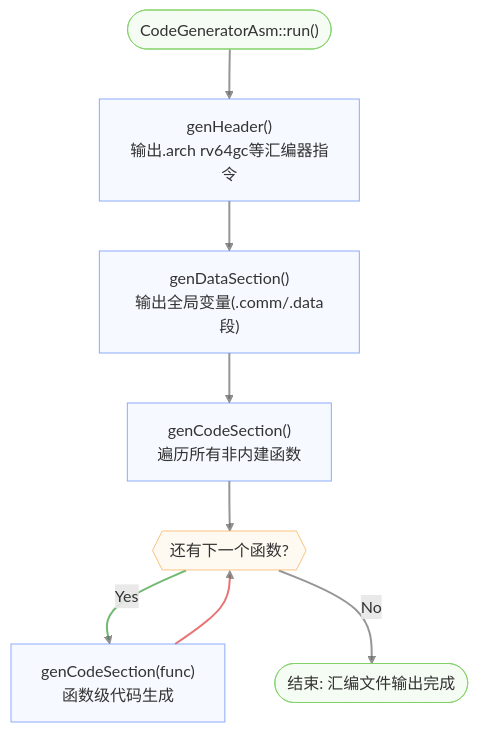
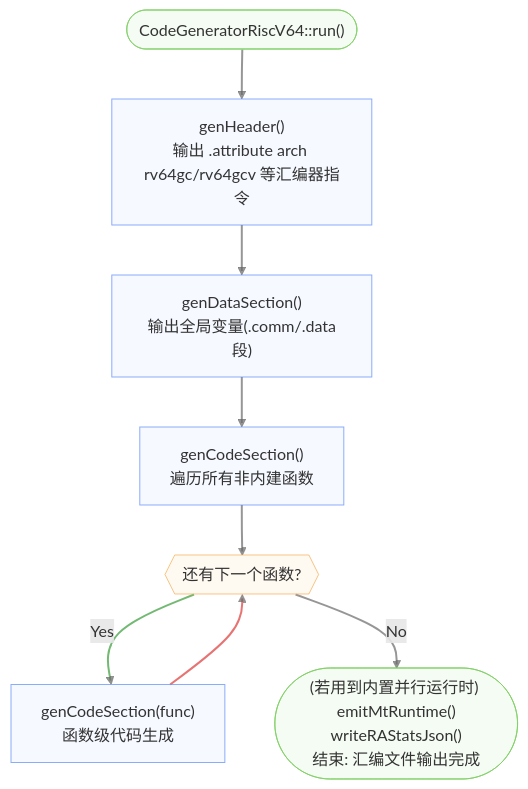
One commit to LLLLLLLLazy/compiler-lite changed the second of 4 diagrams in docs/backend-overview.md. Above: the diagram before and after it, drawn with Mermaid. The commit also changed other lines of this file and 9 other files, not shown here.

````diff
--- a/docs/backend-overview.md
+++ b/docs/backend-overview.md
@@ -39,24 +39,24 @@
 ```mermaid
 flowchart TD
-    Start(["CodeGeneratorAsm::run()"]) --> Header["genHeader()<br>输出.arch rv64gc等汇编器指令"]
+    Start(["CodeGeneratorRiscV64::run()"]) --> Header["genHeader()<br>输出 .attribute arch rv64gc/rv64gcv 等汇编器指令"]
     Header --> DataSection["genDataSection()<br>输出全局变量(.comm/.data段)"]
     DataSection --> CodeSection["genCodeSection()<br>遍历所有非内建函数"]
     CodeSection --> FuncIter{{"还有下一个函数?"}}
     FuncIter -- "Yes" --> GenFunc["genCodeSection(func)<br>函数级代码生成"]
     GenFunc --> FuncIter
-    FuncIter -- "No" --> End(["结束: 汇编文件输出完成"])
+    FuncIter -- "No" --> End(["(若用到内置并行运行时) emitMtRuntime()<br>writeRAStatsJson()<br>结束: 汇编文件输出完成"])
 
     %%Node styles
     classDef default fill:#E2EAFE4F,stroke:#5A88F6AF
     classDef endNode fill:#DDF4D84F,stroke:#7DCF62AF
     classDef decisionNode fill:#FCEBD34f,stroke:#F6AA4BAF
 
     %%Link styles
     linkStyle default stroke:#666666AF,stroke-width:2px
     linkStyle 4 stroke:#339933AF,stroke-width:2px
     linkStyle 5 stroke:#DD3333AF,stroke-width:2px
 
     %%Node classes
     class Start,End endNode
     class FuncIter decisionNode
 ```
````
